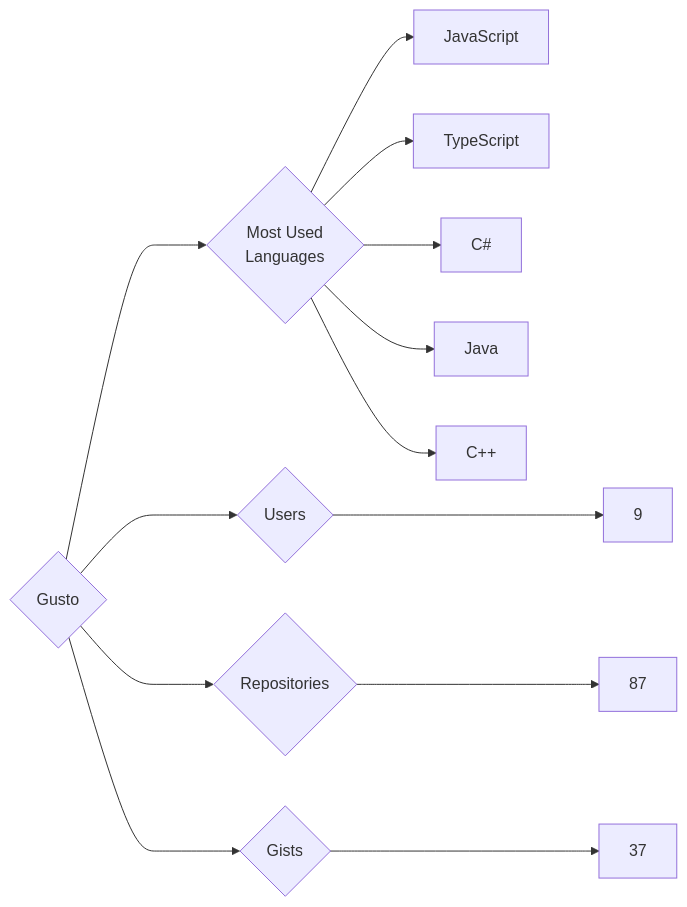
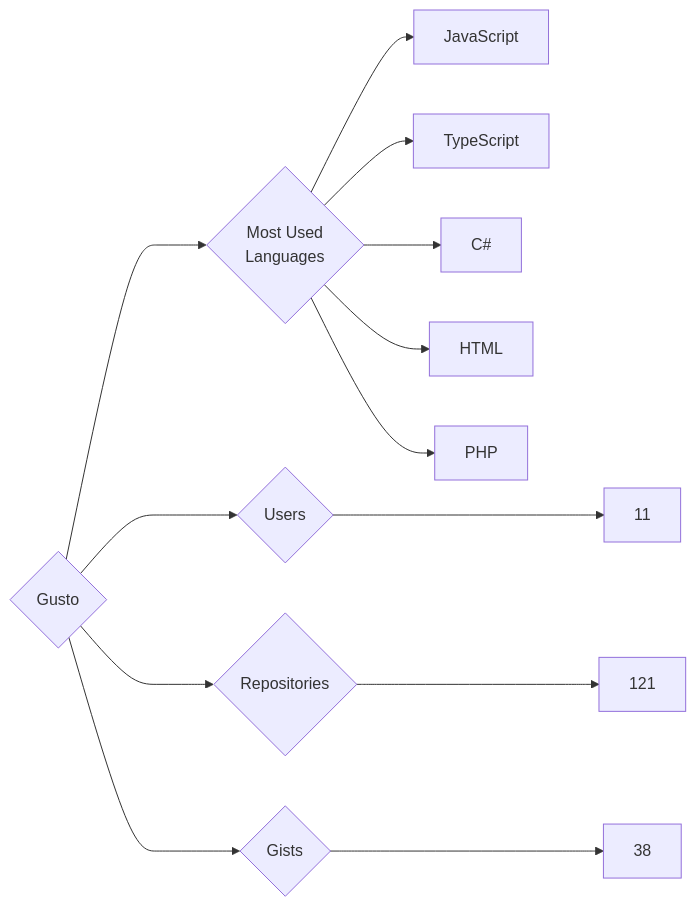
Before and after one commit to trickest/insiders: the diagram in targets/Gusto/README.md, drawn with Mermaid. The commit also changed 773 other files, not shown here.

````diff
--- a/targets/Gusto/README.md
+++ b/targets/Gusto/README.md
@@ -3,13 +3,13 @@
 ```mermaid
 graph LR
 COMPANY_NAME{Gusto}
-COMPANY_NAME ---> U{Users} ---> UN[9]
-COMPANY_NAME ---> R{Repositories} ---> RN[87]
-COMPANY_NAME ---> G{Gists} ---> GN[37]
+COMPANY_NAME ---> U{Users} ---> UN[11]
+COMPANY_NAME ---> R{Repositories} ---> RN[121]
+COMPANY_NAME ---> G{Gists} ---> GN[38]
 COMPANY_NAME ---> ML{Most Used<br>Languages}
 ML --> JavaScript[JavaScript]
 ML --> TypeScript[TypeScript]
 ML --> C#[C#]
-ML --> Java[Java]
-ML --> C++[C++]
+ML --> HTML[HTML]
+ML --> PHP[PHP]
 ```
````
